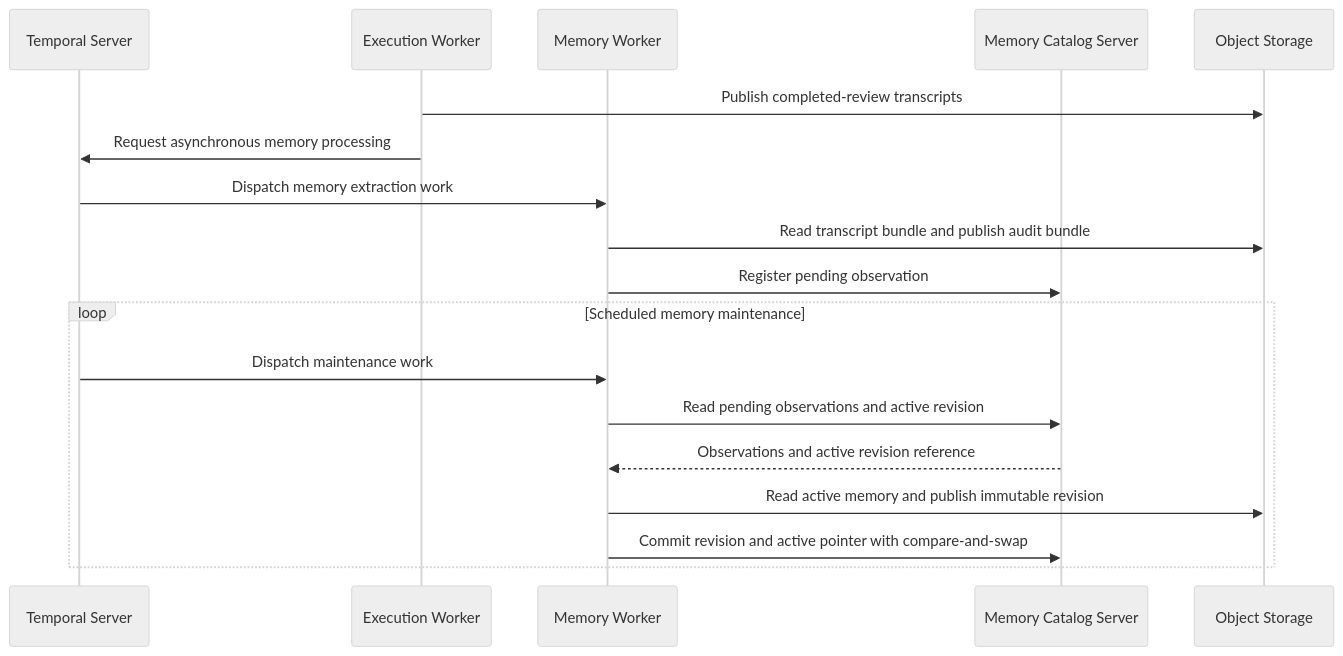
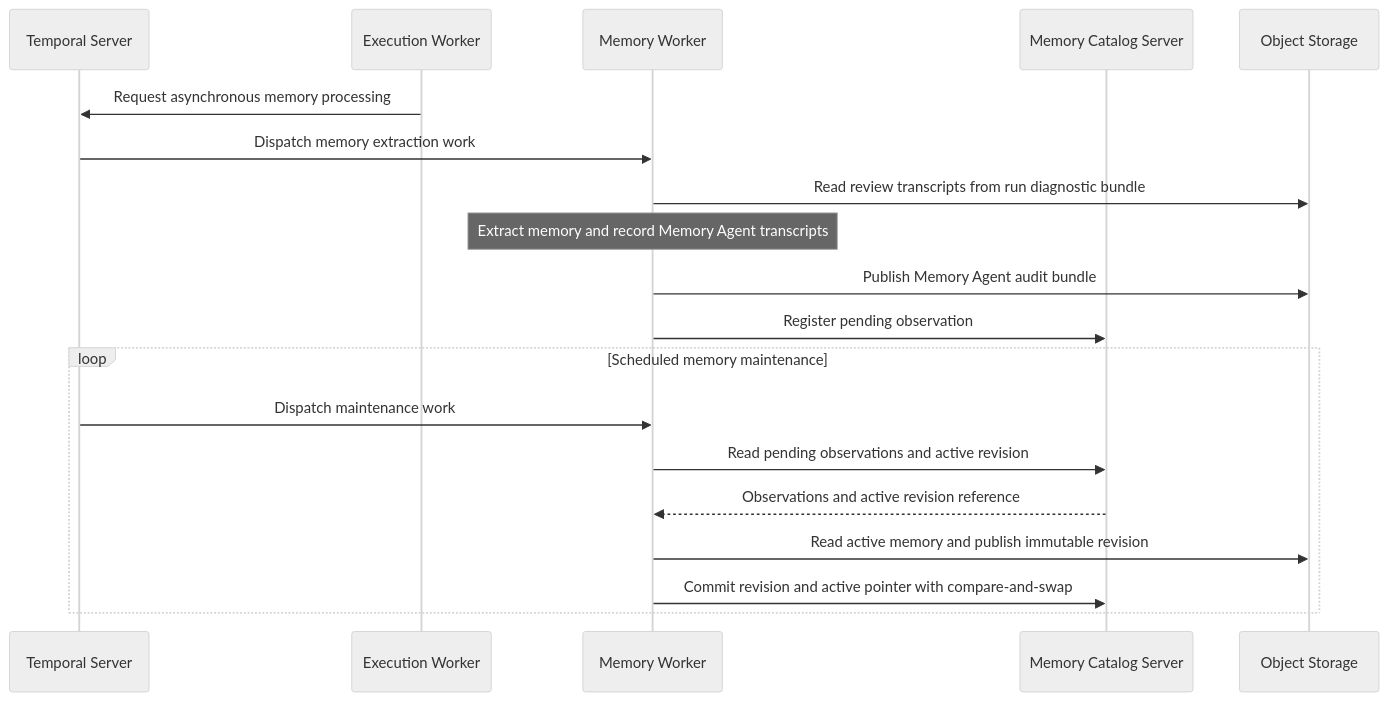
The second of 2 diagrams in docs/architecture/SYSTEM_ARCHITECTURE.md (Agent-AI-Chalmers/sec-review-bot), drawn with Mermaid (neutral theme) before and after one commit. The commit also changed other lines of this file and 49 other files, not shown here.

First line of the commit message:
refactor: let execution workers publish run diagnostics (#153)

````diff
--- a/docs/architecture/SYSTEM_ARCHITECTURE.md
+++ b/docs/architecture/SYSTEM_ARCHITECTURE.md
@@ -61,21 +61,22 @@
 ```mermaid
 sequenceDiagram
   participant Temporal as Temporal Server
   participant ExecutionWorker as Execution Worker
   participant MemoryWorker as Memory Worker
   participant Catalog as Memory Catalog Server
   participant Storage as Object Storage
 
-  ExecutionWorker->>Storage: Publish completed-review transcripts
   ExecutionWorker->>Temporal: Request asynchronous memory processing
   Temporal->>MemoryWorker: Dispatch memory extraction work
-  MemoryWorker->>Storage: Read transcript bundle and publish audit bundle
+  MemoryWorker->>Storage: Read review transcripts from run diagnostic bundle
+  Note over MemoryWorker: Extract memory and record Memory Agent transcripts
+  MemoryWorker->>Storage: Publish Memory Agent audit bundle
   MemoryWorker->>Catalog: Register pending observation
   loop Scheduled memory maintenance
     Temporal->>MemoryWorker: Dispatch maintenance work
     MemoryWorker->>Catalog: Read pending observations and active revision
     Catalog-->>MemoryWorker: Observations and active revision reference
     MemoryWorker->>Storage: Read active memory and publish immutable revision
     MemoryWorker->>Catalog: Commit revision and active pointer with compare-and-swap
   end
 ```
````
